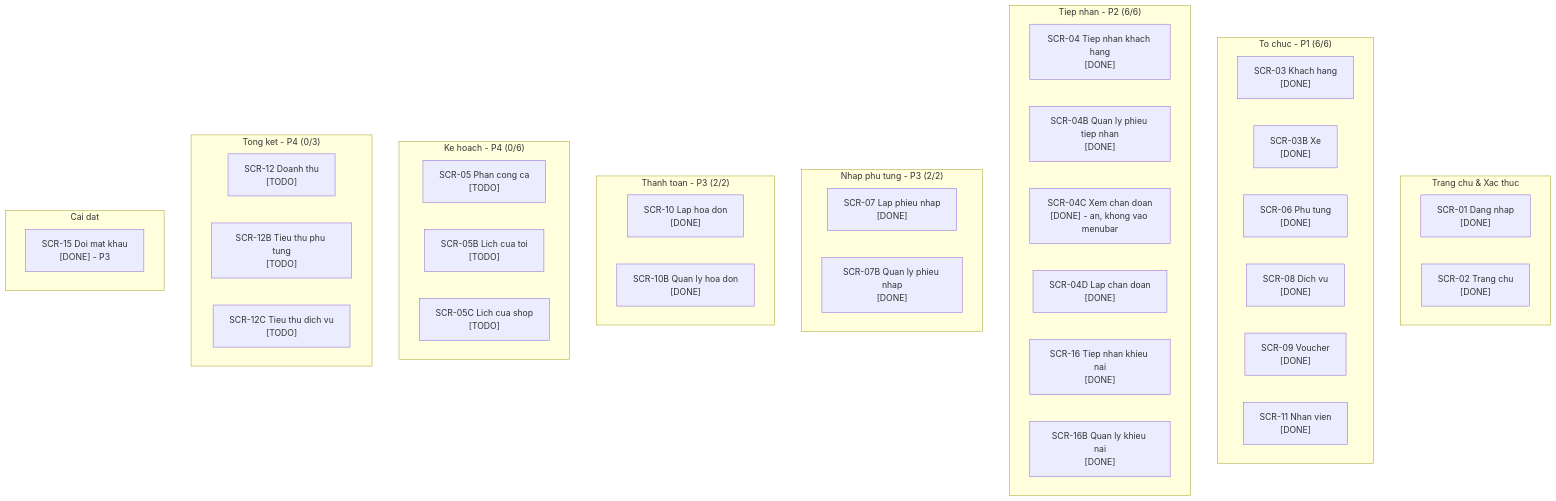
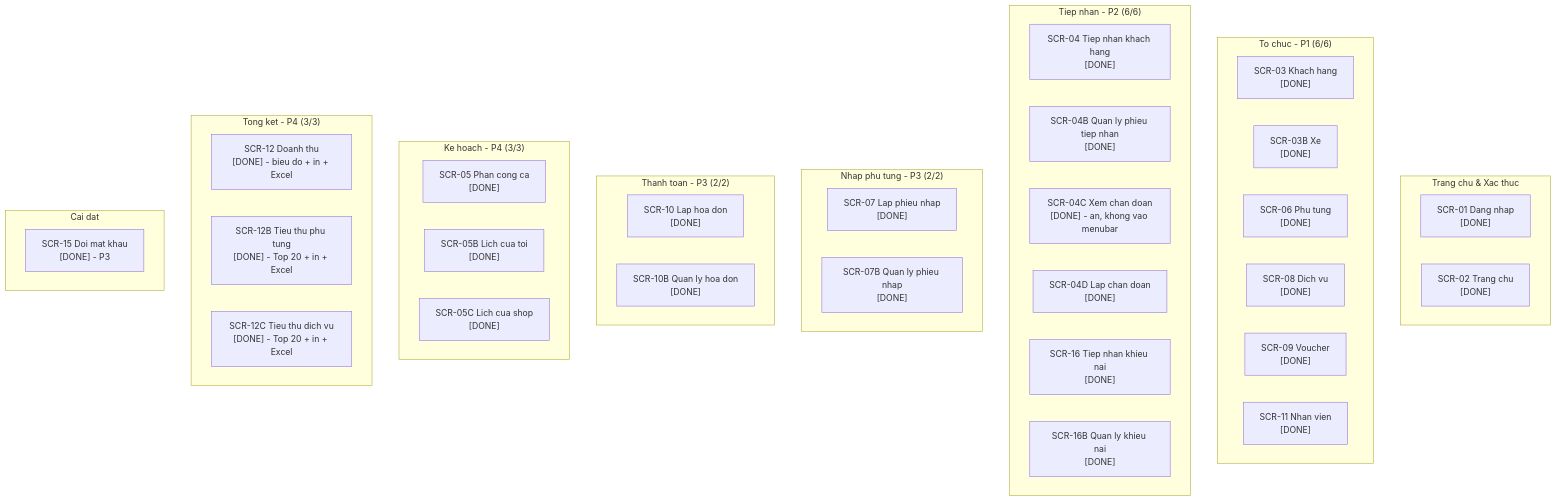
Before and after one commit to MaiTheHao/iuh-fall2026-ptud: the fourth of 9 diagrams in assets/tasks/DGRAPH.md, drawn with Mermaid. The commit also changed other lines of this file and 2 other files, not shown here.

````diff
--- a/assets/tasks/DGRAPH.md
+++ b/assets/tasks/DGRAPH.md
@@ -92,51 +96,51 @@
 ```mermaid
 flowchart TD
     subgraph sgAuth["Trang chu & Xac thuc"]
         scr01["SCR-01 Dang nhap<br/>[DONE]"]
         scr02["SCR-02 Trang chu<br/>[DONE]"]
     end
 
     subgraph sgOrg["To chuc - P1 (6/6)"]
         scr03["SCR-03 Khach hang<br/>[DONE]"]
         scr03b["SCR-03B Xe<br/>[DONE]"]
         scr06["SCR-06 Phu tung<br/>[DONE]"]
         scr08["SCR-08 Dich vu<br/>[DONE]"]
         scr09["SCR-09 Voucher<br/>[DONE]"]
         scr11["SCR-11 Nhan vien<br/>[DONE]"]
     end
 
     subgraph sgIntake["Tiep nhan - P2 (6/6)"]
         scr04["SCR-04 Tiep nhan khach hang<br/>[DONE]"]
         scr04b["SCR-04B Quan ly phieu tiep nhan<br/>[DONE]"]
         scr04c["SCR-04C Xem chan doan<br/>[DONE] - an, khong vao menubar"]
         scr04d["SCR-04D Lap chan doan<br/>[DONE]"]
         scr16["SCR-16 Tiep nhan khieu nai<br/>[DONE]"]
         scr16b["SCR-16B Quan ly khieu nai<br/>[DONE]"]
     end
 
     subgraph sgParts["Nhap phu tung - P3 (2/2)"]
         scr07["SCR-07 Lap phieu nhap<br/>[DONE]"]
         scr07b["SCR-07B Quan ly phieu nhap<br/>[DONE]"]
     end
 
     subgraph sgPay["Thanh toan - P3 (2/2)"]
         scr10["SCR-10 Lap hoa don<br/>[DONE]"]
         scr10b["SCR-10B Quan ly hoa don<br/>[DONE]"]
     end
 
-    subgraph sgPlan["Ke hoach - P4 (0/6)"]
-        scr05["SCR-05 Phan cong ca<br/>[TODO]"]
-        scr05b["SCR-05B Lich cua toi<br/>[TODO]"]
-        scr05c["SCR-05C Lich cua shop<br/>[TODO]"]
+    subgraph sgPlan["Ke hoach - P4 (3/3)"]
+        scr05["SCR-05 Phan cong ca<br/>[DONE]"]
+        scr05b["SCR-05B Lich cua toi<br/>[DONE]"]
+        scr05c["SCR-05C Lich cua shop<br/>[DONE]"]
     end
 
-    subgraph sgReport["Tong ket - P4 (0/3)"]
-        scr12["SCR-12 Doanh thu<br/>[TODO]"]
-        scr12b["SCR-12B Tieu thu phu tung<br/>[TODO]"]
-        scr12c["SCR-12C Tieu thu dich vu<br/>[TODO]"]
+    subgraph sgReport["Tong ket - P4 (3/3)"]
+        scr12["SCR-12 Doanh thu<br/>[DONE] - bieu do + in + Excel"]
+        scr12b["SCR-12B Tieu thu phu tung<br/>[DONE] - Top 20 + in + Excel"]
+        scr12c["SCR-12C Tieu thu dich vu<br/>[DONE] - Top 20 + in + Excel"]
     end
 
     subgraph sgSet["Cai dat"]
         scr15["SCR-15 Doi mat khau<br/>[DONE] - P3"]
     end
 ```
````
